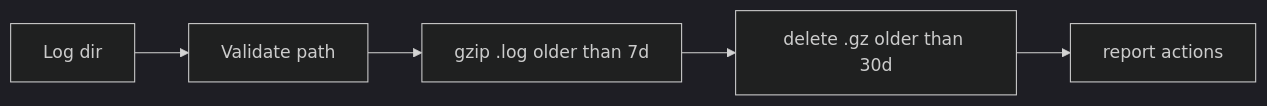
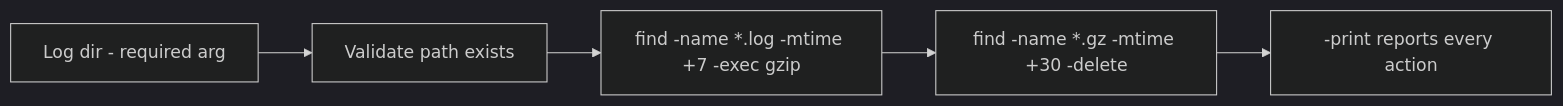
The diagram in 10-shell-scripting/log-cleanup-script-example.md (cloud-prakhar/learning-linux), drawn with Mermaid (dark theme) before and after one commit. The commit also changed other lines of this file and 69 other files, not shown here.

````diff
--- a/10-shell-scripting/log-cleanup-script-example.md
+++ b/10-shell-scripting/log-cleanup-script-example.md
@@ -30,7 +36,7 @@
 ```mermaid
 flowchart LR
-    Dir[Log dir] --> Validate[Validate path]
-    Validate --> Compress[gzip .log older than 7d]
-    Compress --> Delete[delete .gz older than 30d]
-    Delete --> Report[report actions]
+    Dir[Log dir - required arg] --> Validate[Validate path exists]
+    Validate --> Compress["find -name *.log -mtime +7 -exec gzip"]
+    Compress --> Delete["find -name *.gz -mtime +30 -delete"]
+    Delete --> Report[-print reports every action]
 ```
````
